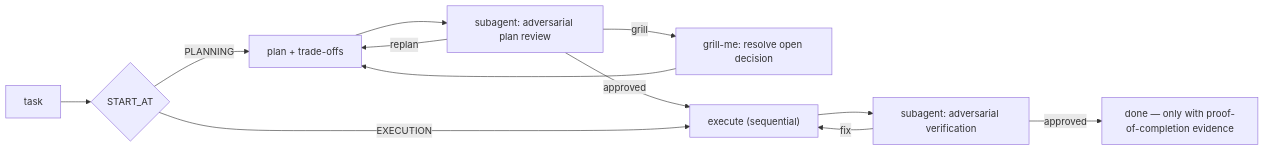
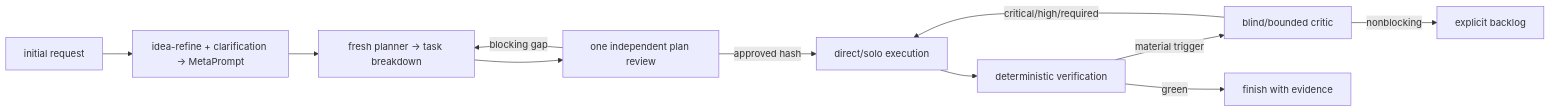
One commit to gutocarollo/orions-belt changed the first of 2 diagrams in README.md. Above: the diagram before and after it, drawn with Mermaid. The commit also changed other lines of this file and 19 other files, not shown here.

````diff
--- a/README.md
+++ b/README.md
@@ -101,14 +102,13 @@
 ```mermaid
 flowchart LR
-    A["task"] --> B{"START_AT"}
-    B -- "PLANNING" --> P["plan + trade-offs"]
-    P --> PR["subagent: adversarial plan review"]
-    PR -- "replan" --> P
-    PR -- "grill" --> G["grill-me: resolve open decision"]
-    G --> P
-    PR -- "approved" --> E["execute (sequential)"]
-    B -- "EXECUTION" --> E
-    E --> V["subagent: adversarial verification"]
-    V -- "fix" --> E
-    V -- "approved" --> D["done — only with proof-of-completion evidence"]
+    A["initial request"] --> M["idea-refine + clarification → MetaPrompt"]
+    M --> P["fresh planner → task breakdown"]
+    P --> PR["one independent plan review"]
+    PR -- "blocking gap" --> P
+    PR -- "approved hash" --> E["direct/solo execution"]
+    E --> V["deterministic verification"]
+    V -- "material trigger" --> C["blind/bounded critic"]
+    C -- "critical/high/required" --> E
+    V -- "green" --> D["finish with evidence"]
+    C -- "nonblocking" --> B["explicit backlog"]
 ```
````
